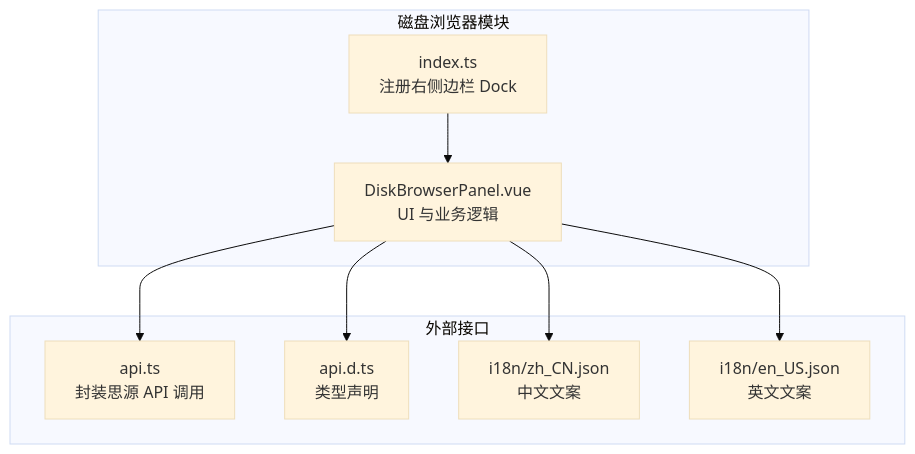
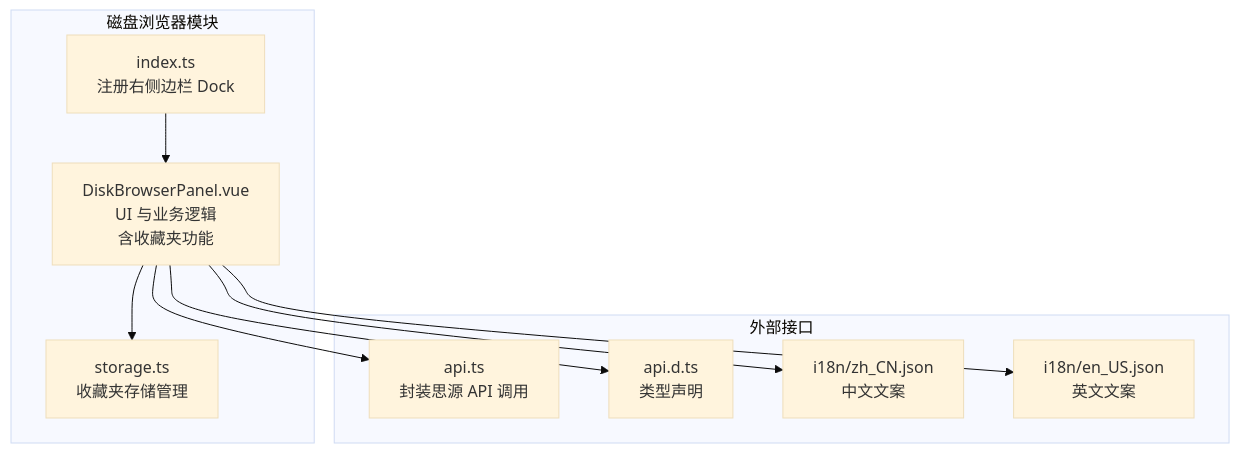
Before and after one commit to 851039536/siyuanPluginVueSN: the first of 7 diagrams in .qoder/repowiki/zh/content/功能模块详解/磁盘浏览器.md, drawn with Mermaid (base theme). The commit also changed other lines of this file and 9 other files, not shown here.

````diff
--- a/.qoder/repowiki/zh/content/功能模块详解/磁盘浏览器.md
+++ b/.qoder/repowiki/zh/content/功能模块详解/磁盘浏览器.md
@@ -38,18 +49,20 @@
 ```mermaid
 graph TB
 subgraph "磁盘浏览器模块"
 A["index.ts<br/>注册右侧边栏 Dock"]
-B["DiskBrowserPanel.vue<br/>UI 与业务逻辑"]
+B["DiskBrowserPanel.vue<br/>UI 与业务逻辑<br/>含收藏夹功能"]
+C["storage.ts<br/>收藏夹存储管理"]
 end
 subgraph "外部接口"
-C["api.ts<br/>封装思源 API 调用"]
-D["api.d.ts<br/>类型声明"]
-E["i18n/zh_CN.json<br/>中文文案"]
-F["i18n/en_US.json<br/>英文文案"]
+D["api.ts<br/>封装思源 API 调用"]
+E["api.d.ts<br/>类型声明"]
+F["i18n/zh_CN.json<br/>中文文案"]
+G["i18n/en_US.json<br/>英文文案"]
 end
 A --> B
 B --> C
 B --> D
 B --> E
 B --> F
+B --> G
 ```
````
